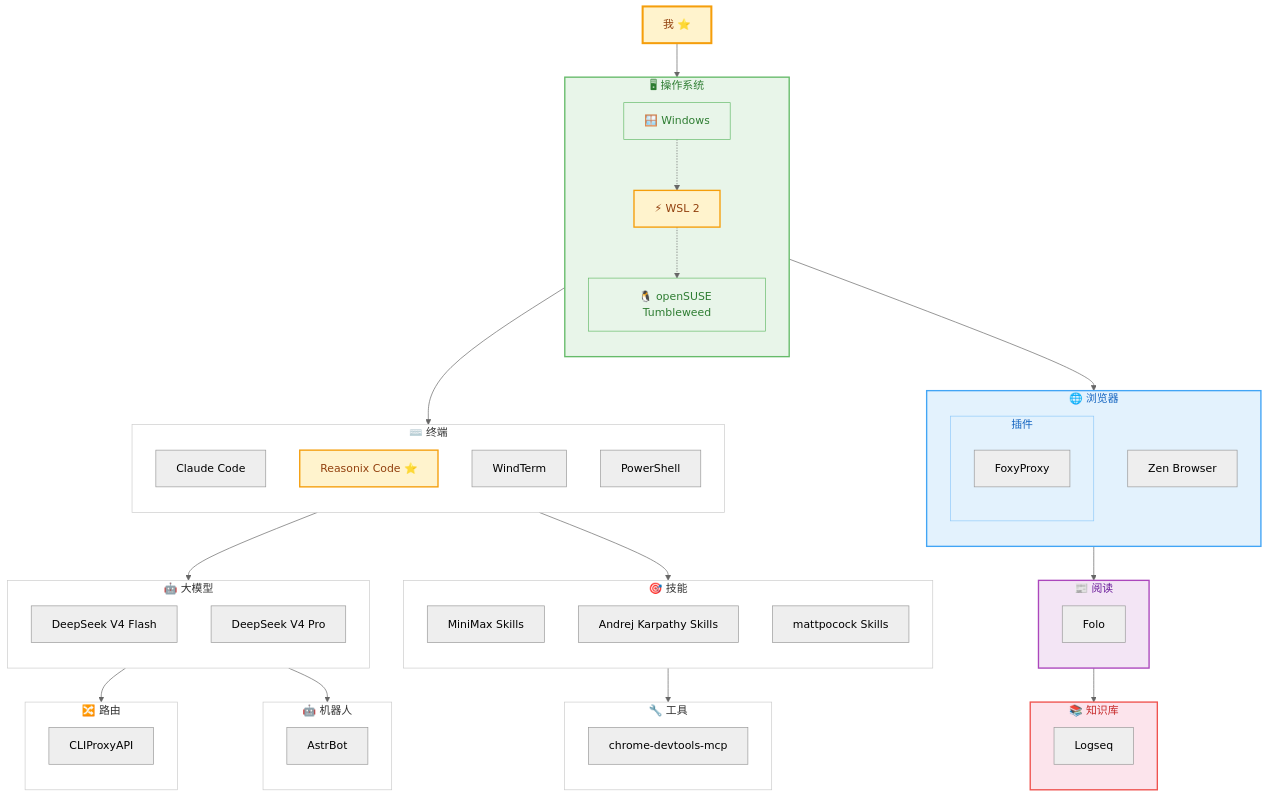
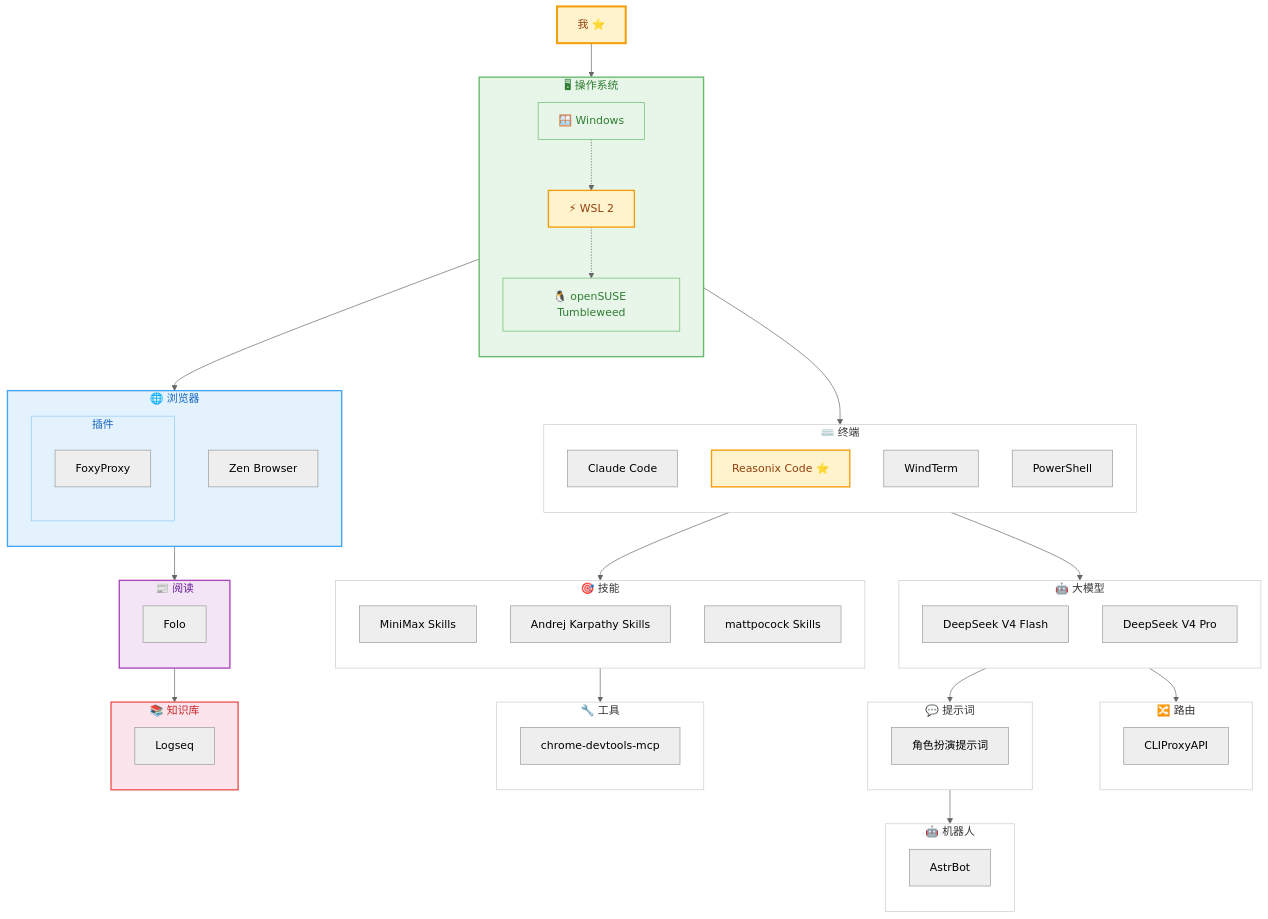
The diagram in README.md (yuanxin518/ai-path), drawn with Mermaid (neutral theme) before and after one commit. The commit also changed other lines of this file and 3 other files, not shown here.

```diff
--- a/README.md
+++ b/README.md
@@ -69,6 +69,12 @@
     end
     style N04 fill:#ffffff,stroke:#cccccc,stroke-width:1px,color:#333333
 
+    subgraph N10["💬 提示词"]
+        direction TB
+        RP["角色扮演提示词"]
+    end
+    style N10 fill:#ffffff,stroke:#cccccc,stroke-width:1px,color:#333333
+
     subgraph N05["🔧 工具"]
         direction TB
         CDM["chrome-devtools-mcp"]
@@ -110,7 +116,8 @@
     N01 --> N02
     N01 --> N04
     N02 --> N03
-    N02 --> N06
+    N02 --> N10
+    N10 --> N06
     N04 --> N05
     N07 --> N09
     N09 --> N08
```
